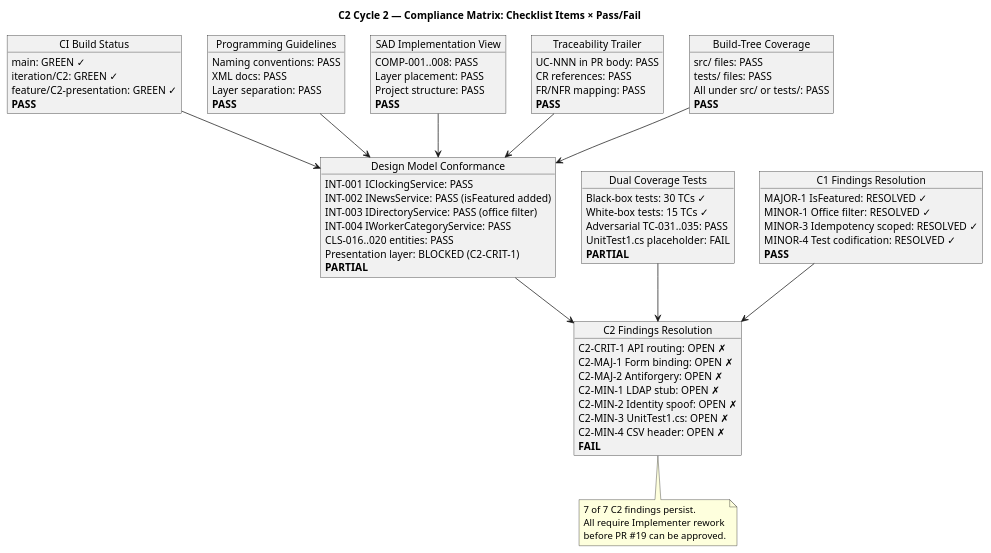
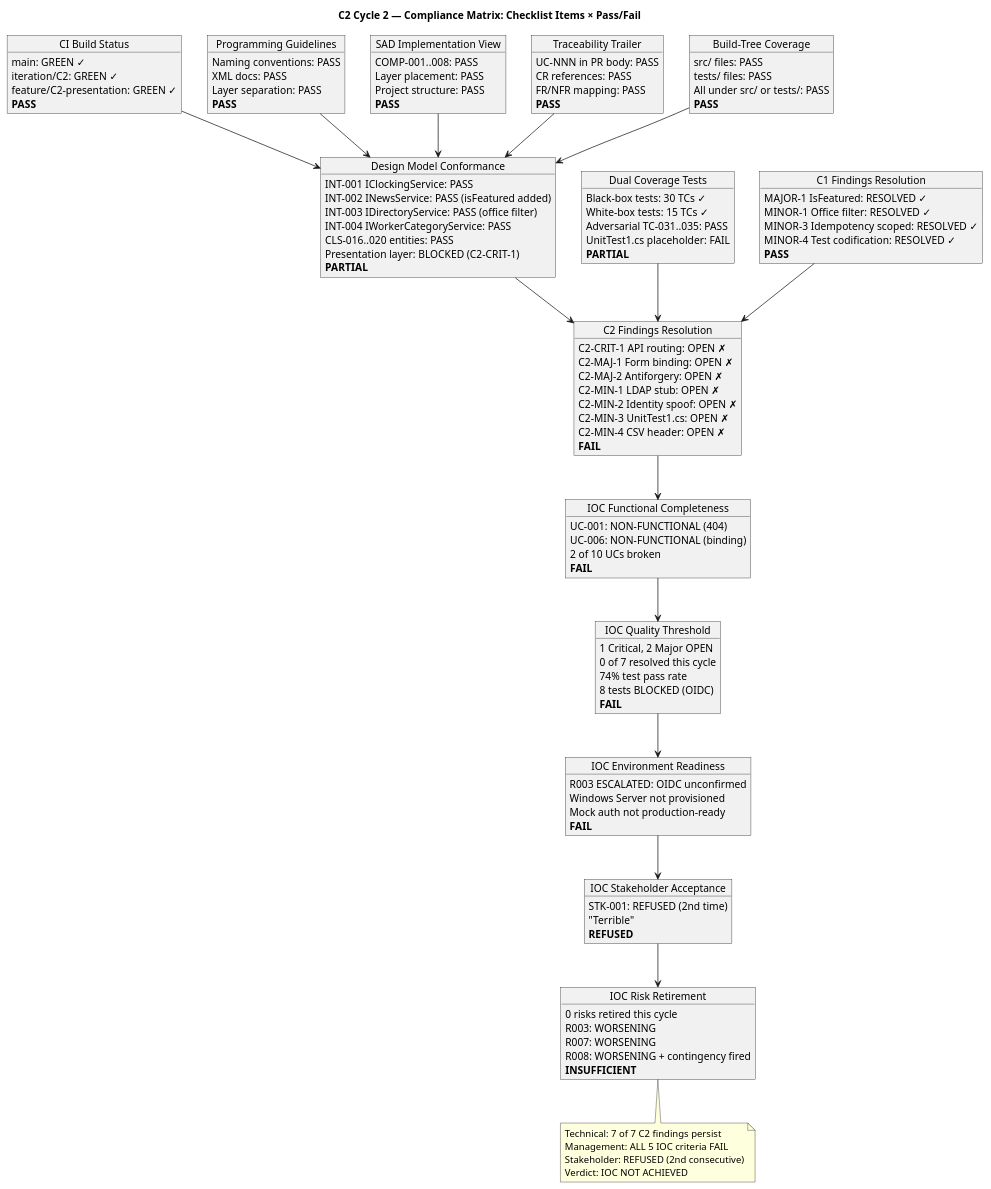
The first of 7 diagrams in docs/artifacts/project-management/review-record.md (banense-test/portal-cuba-corp), drawn with PlantUML before and after one commit. The commit also changed other lines of this file, not shown here.

First line of the commit message:
Management Reviewer [C2]: upsert Review Record

```diff
--- a/docs/artifacts/project-management/review-record.md
+++ b/docs/artifacts/project-management/review-record.md
@@ -163,6 +196,42 @@
   **FAIL**
 }
 
+object "IOC Functional Completeness" as IOCFC {
+  UC-001: NON-FUNCTIONAL (404)
+  UC-006: NON-FUNCTIONAL (binding)
+  2 of 10 UCs broken
+  **FAIL**
+}
+
+object "IOC Quality Threshold" as IOCQT {
+  1 Critical, 2 Major OPEN
+  0 of 7 resolved this cycle
+  74% test pass rate
+  8 tests BLOCKED (OIDC)
+  **FAIL**
+}
+
+object "IOC Environment Readiness" as IOCER {
+  R003 ESCALATED: OIDC unconfirmed
+  Windows Server not provisioned
+  Mock auth not production-ready
+  **FAIL**
+}
+
+object "IOC Stakeholder Acceptance" as IOCSA {
+  STK-001: REFUSED (2nd time)
+  "Terrible"
+  **REFUSED**
+}
+
+object "IOC Risk Retirement" as IOCRR {
+  0 risks retired this cycle
+  R003: WORSENING
+  R007: WORSENING
+  R008: WORSENING + contingency fired
+  **INSUFFICIENT**
+}
+
 CI --> DMC
 PG --> DMC
 DCT --> C2R
@@ -171,11 +240,17 @@
 TT --> DMC
 BTC --> DMC
 C1R --> C2R
+C2R --> IOCFC
+IOCFC --> IOCQT
+IOCQT --> IOCER
+IOCER --> IOCSA
+IOCSA --> IOCRR
 
-note bottom of C2R
-  7 of 7 C2 findings persist.
-  All require Implementer rework
-  before PR #19 can be approved.
+note bottom of IOCRR
+  Technical: 7 of 7 C2 findings persist
+  Management: ALL 5 IOC criteria FAIL
+  Stakeholder: REFUSED (2nd consecutive)
+  Verdict: IOC NOT ACHIEVED
 end note
 
 @enduml
```
